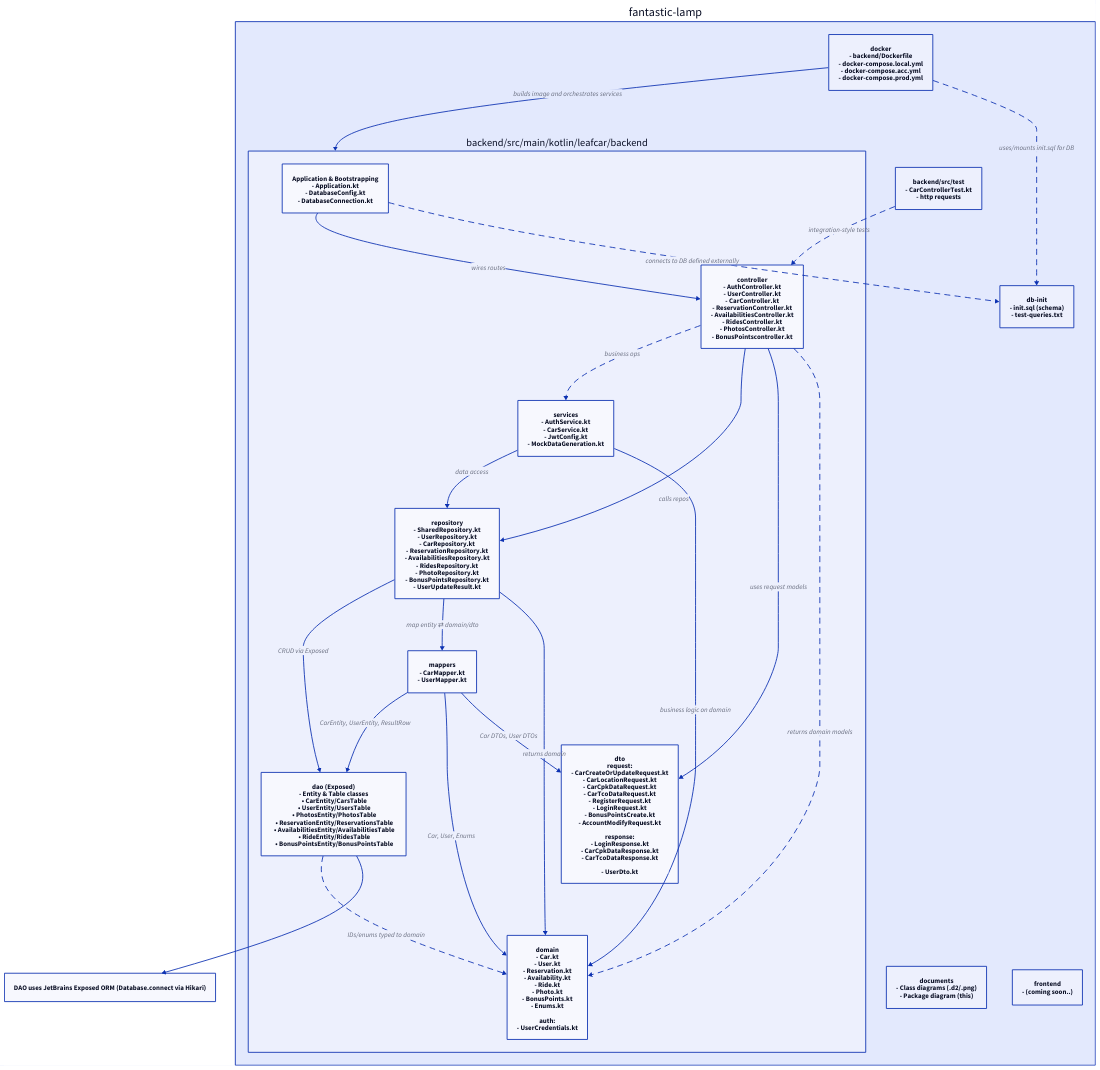
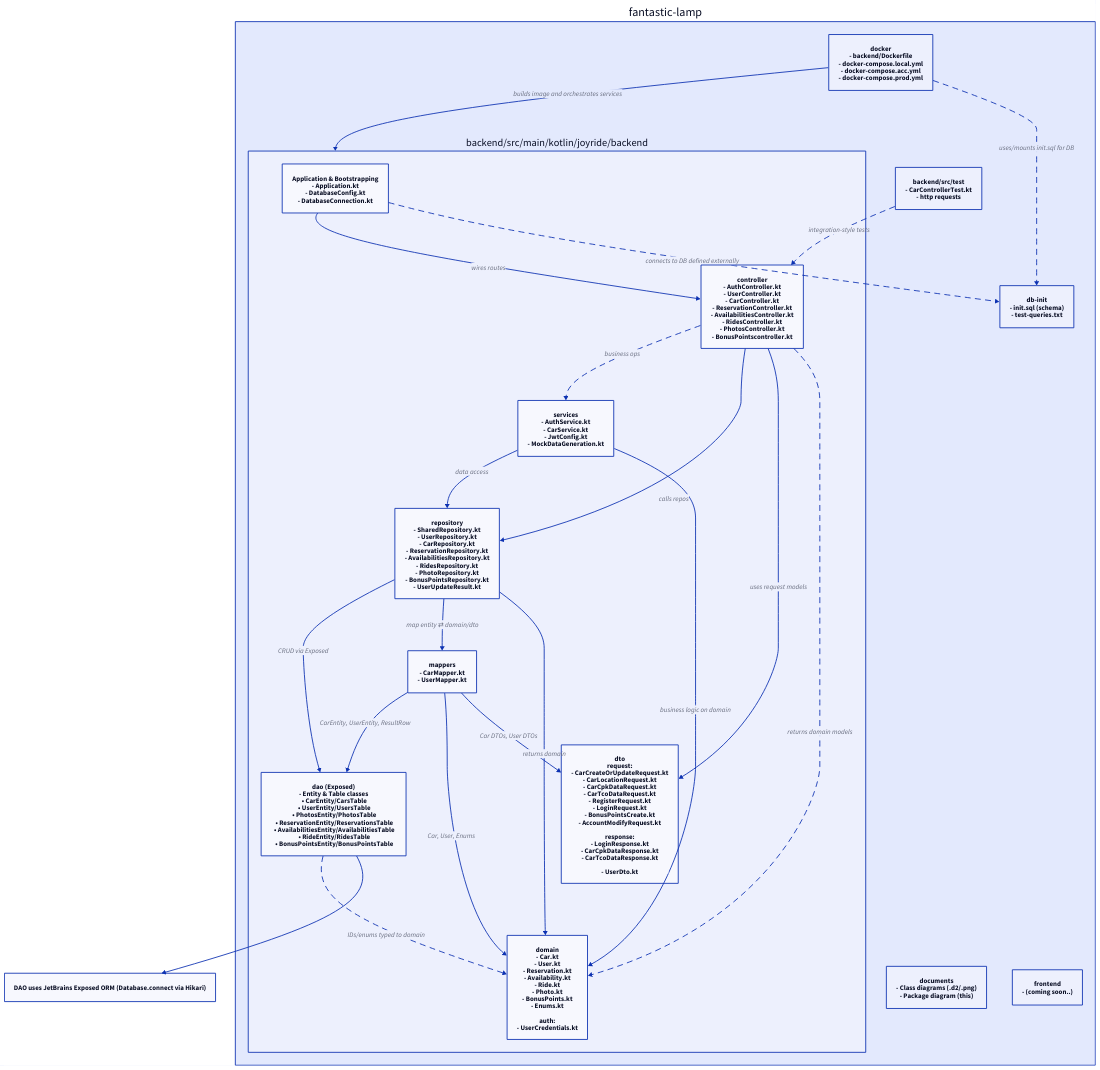
The diagram in documents/Packagediagram/packagediagram-241025.d2 (RubenLeenknegt/JoyRide-API), drawn with D2 before and after one commit. The commit also changed 154 other files, not shown here.

```diff
--- a/documents/Packagediagram/packagediagram-241025.d2
+++ b/documents/Packagediagram/packagediagram-241025.d2
@@ -1,117 +1,117 @@
 # // Package diagram for fantastic-lamp backend (Kotlin/Ktor)
 # // Render with: d2 documents/package-diagram-v1.d2 -o documents
 # // Or use https: //play.d2lang.com and paste this file.
 
 style: {
   fill: "#ffffff"
 }
 
 # legend: {
 #   label: "Legend\nSolid arrow = typical dependency\nDashed arrow = optional/occasional dependency"
 # }
 
 project: {
   label: "fantastic-lamp"
 
   backend: {
-    label: "backend/src/main/kotlin/leafcar/backend"
+    label: "backend/src/main/kotlin/joyride/backend"
 
     application: {
       label: "Application & Bootstrapping\n- Application.kt\n- DatabaseConfig.kt\n- DatabaseConnection.kt"
     }
 
     controller: {
       label: "controller\n- AuthController.kt\n- UserController.kt\n- CarController.kt\n- ReservationController.kt\n- AvailabilitiesController.kt\n- RidesController.kt\n- PhotosController.kt\n- BonusPointscontroller.kt"
     }
 
     service: {
       label: "services\n- AuthService.kt\n- CarService.kt\n- JwtConfig.kt\n- MockDataGeneration.kt"
     }
 
     repository: {
       label: "repository\n- SharedRepository.kt\n- UserRepository.kt\n- CarRepository.kt\n- ReservationRepository.kt\n- AvailabilitiesRepository.kt\n- RidesRepository.kt\n- PhotoRepository.kt\n- BonusPointsRepository.kt\n- UserUpdateResult.kt"
     }
 
     mappers: {
       label: "mappers\n- CarMapper.kt\n- UserMapper.kt"
     }
 
     dto: {
       label: "dto\nrequest:\n- CarCreateOrUpdateRequest.kt\n- CarLocationRequest.kt\n- CarCpkDataRequest.kt\n- CarTcoDataRequest.kt\n- RegisterRequest.kt\n- LoginRequest.kt\n- BonusPointsCreate.kt\n- AccountModifyRequest.kt\n\nresponse:\n- LoginResponse.kt\n- CarCpkDataResponse.kt\n- CarTcoDataResponse.kt\n\n- UserDto.kt"
     }
 
     domain: {
       label: "domain\n- Car.kt\n- User.kt\n- Reservation.kt\n- Availability.kt\n- Ride.kt\n- Photo.kt\n- BonusPoints.kt\n- Enums.kt\n\nauth:\n- UserCredentials.kt"
     }
 
     dao: {
       label: "dao (Exposed)\n- Entity & Table classes\n  • CarEntity/CarsTable\n  • UserEntity/UsersTable\n  • PhotosEntity/PhotosTable\n  • ReservationEntity/ReservationsTable\n  • AvailabilitiesEntity/AvailabilitiesTable\n  • RideEntity/RidesTable\n  • BonusPointsEntity/BonusPointsTable"
     }
   }
 
   tests: {
     label: "backend/src/test\n- CarControllerTest.kt\n- http requests"
   }
 
   db_init: {
     label: "db-init\n- init.sql (schema)\n- test-queries.txt"
   }
 
   docs: {
     label: "documents\n- Class diagrams (.d2/.png)\n- Package diagram (this)"
   }
 }
 
 # // Dependencies within the backend
 project.backend.application -> project.backend.controller: "wires routes"
 project.backend.application -> project.db_init: "connects to DB defined externally" {
   style: {stroke-dash: 6}
 }
 
 project.backend.controller -> project.backend.service: "business ops" {
   style: {stroke-dash: 6}
 }
 project.backend.controller -> project.backend.repository: "calls repos"
 project.backend.controller -> project.backend.dto: "uses request models"
 project.backend.controller -> project.backend.domain: "returns domain models" {
   style: {stroke-dash: 6}
 }
 
 project.backend.service -> project.backend.repository: "data access"
 project.backend.service -> project.backend.domain: "business logic on domain"
 
 project.backend.repository -> project.backend.dao: "CRUD via Exposed"
 project.backend.repository -> project.backend.mappers: "map entity ⇄ domain/dto"
 project.backend.repository -> project.backend.domain: "returns domain"
 
 project.backend.mappers -> project.backend.dao: "CarEntity, UserEntity, ResultRow"
 project.backend.mappers -> project.backend.domain: "Car, User, Enums"
 project.backend.mappers -> project.backend.dto: "Car DTOs, User DTOs"
 
 project.backend.dao -> project.backend.domain: "IDs/enums typed to domain" {
   style: {stroke-dash: 6}
 }
 
 # // Tests hit controllers and thus the full stack
 project.tests -> project.backend.controller: "integration-style tests" {
   style: {stroke-dash: 6}
 }
 
 # // Notes
 note_exposed: {
   label: "DAO uses JetBrains Exposed ORM (Database.connect via Hikari)"
 }
 project.backend.dao -> note_exposed
 
 # // Docker and Frontend context additions
 project.docker: {
   label: "docker\n- backend/Dockerfile\n- docker-compose.local.yml\n- docker-compose.acc.yml\n- docker-compose.prod.yml"
 }
 
 project.frontend: {
   label: "frontend\n- (coming soon..)"
 }
 
 # // Docker relationships
 project.docker -> project.backend: "builds image and orchestrates services"
 project.docker -> project.db_init: "uses/mounts init.sql for DB" {style: {stroke-dash: 6}}
```
